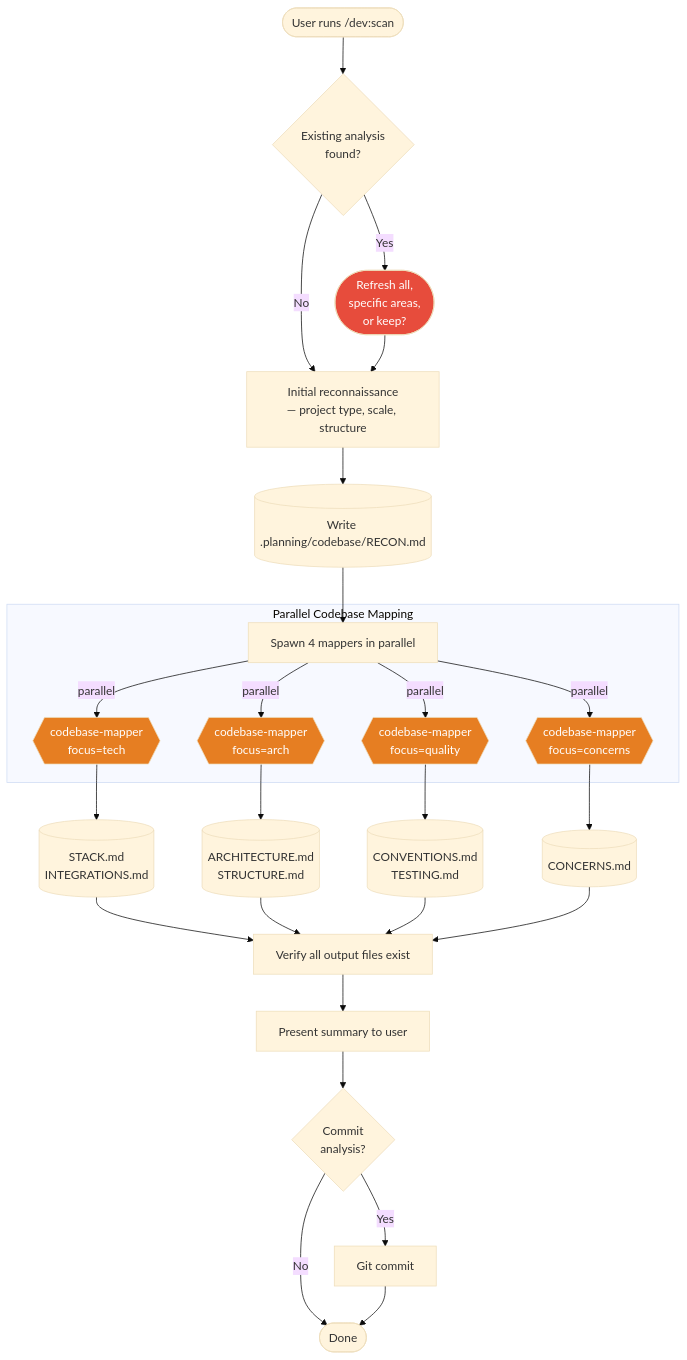
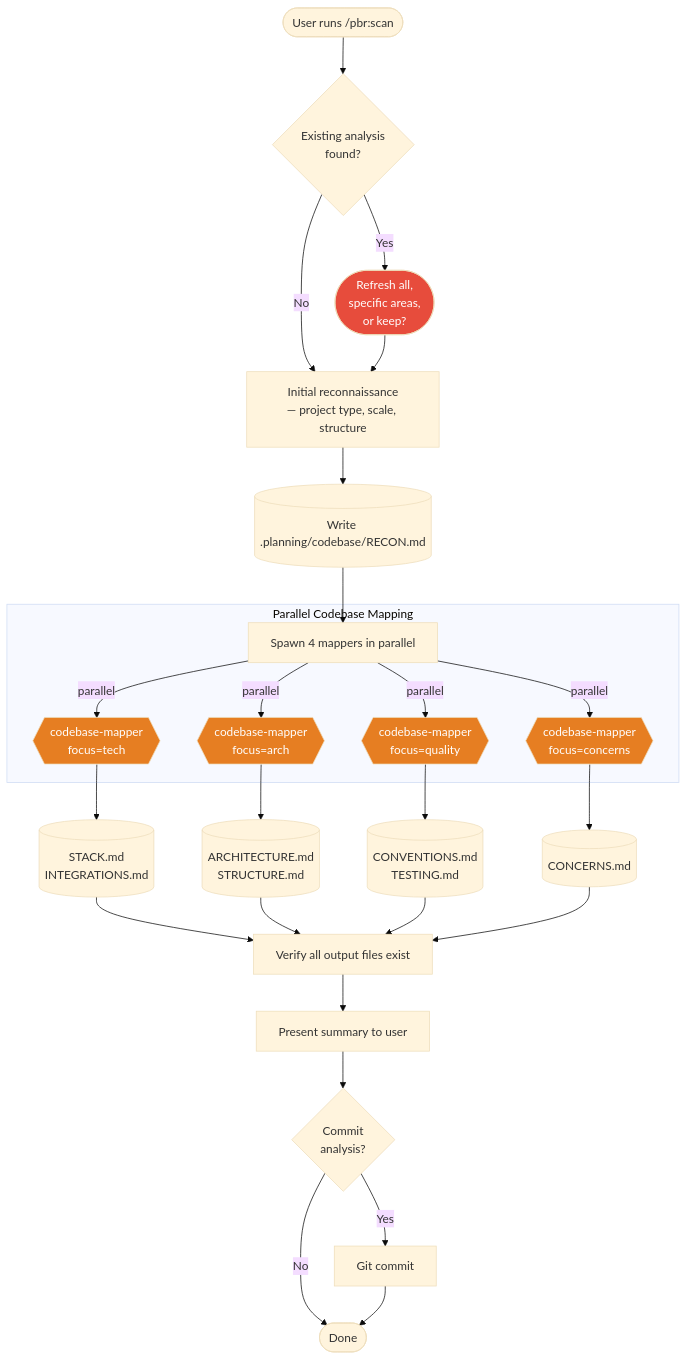
Before and after one commit to SienkLogic/plan-build-run: the sixth of 14 diagrams in docs/ARCHITECTURE.md, drawn with Mermaid (base theme). The commit also changed other lines of this file and 358 other files, not shown here.

````diff
--- a/docs/ARCHITECTURE.md
+++ b/docs/ARCHITECTURE.md
@@ -292,42 +292,42 @@
 ```mermaid
 flowchart TD
-    Start([User runs /dev:scan]) --> ExistingCheck{Existing analysis<br/>found?}
+    Start([User runs /pbr:scan]) --> ExistingCheck{Existing analysis<br/>found?}
 
     ExistingCheck -->|Yes| RefreshChoice([Refresh all,<br/>specific areas,<br/>or keep?])
     ExistingCheck -->|No| Recon
 
     RefreshChoice --> Recon
 
     Recon["Initial reconnaissance<br/>— project type, scale, structure"] --> ReconFile[(Write .planning/codebase/RECON.md)]
 
     ReconFile --> SpawnMappers[Spawn 4 mappers in parallel]
 
     subgraph "Parallel Codebase Mapping"
         SpawnMappers -->|parallel| M1{{codebase-mapper<br/>focus=tech}}
         SpawnMappers -->|parallel| M2{{codebase-mapper<br/>focus=arch}}
         SpawnMappers -->|parallel| M3{{codebase-mapper<br/>focus=quality}}
         SpawnMappers -->|parallel| M4{{codebase-mapper<br/>focus=concerns}}
     end
 
     M1 --> F1[("STACK.md<br/>INTEGRATIONS.md")]
     M2 --> F2[("ARCHITECTURE.md<br/>STRUCTURE.md")]
     M3 --> F3[("CONVENTIONS.md<br/>TESTING.md")]
     M4 --> F4[("CONCERNS.md")]
 
     F1 --> Verify[Verify all output files exist]
     F2 --> Verify
     F3 --> Verify
     F4 --> Verify
 
     Verify --> Summary[Present summary to user]
     Summary --> GitCommit{Commit<br/>analysis?}
     GitCommit -->|Yes| Commit[Git commit]
     GitCommit -->|No| Done([Done])
     Commit --> Done
 
     style M1 fill:#e67e22,color:#fff
     style M2 fill:#e67e22,color:#fff
     style M3 fill:#e67e22,color:#fff
     style M4 fill:#e67e22,color:#fff
     style RefreshChoice fill:#e74c3c,color:#fff
 ```
````
